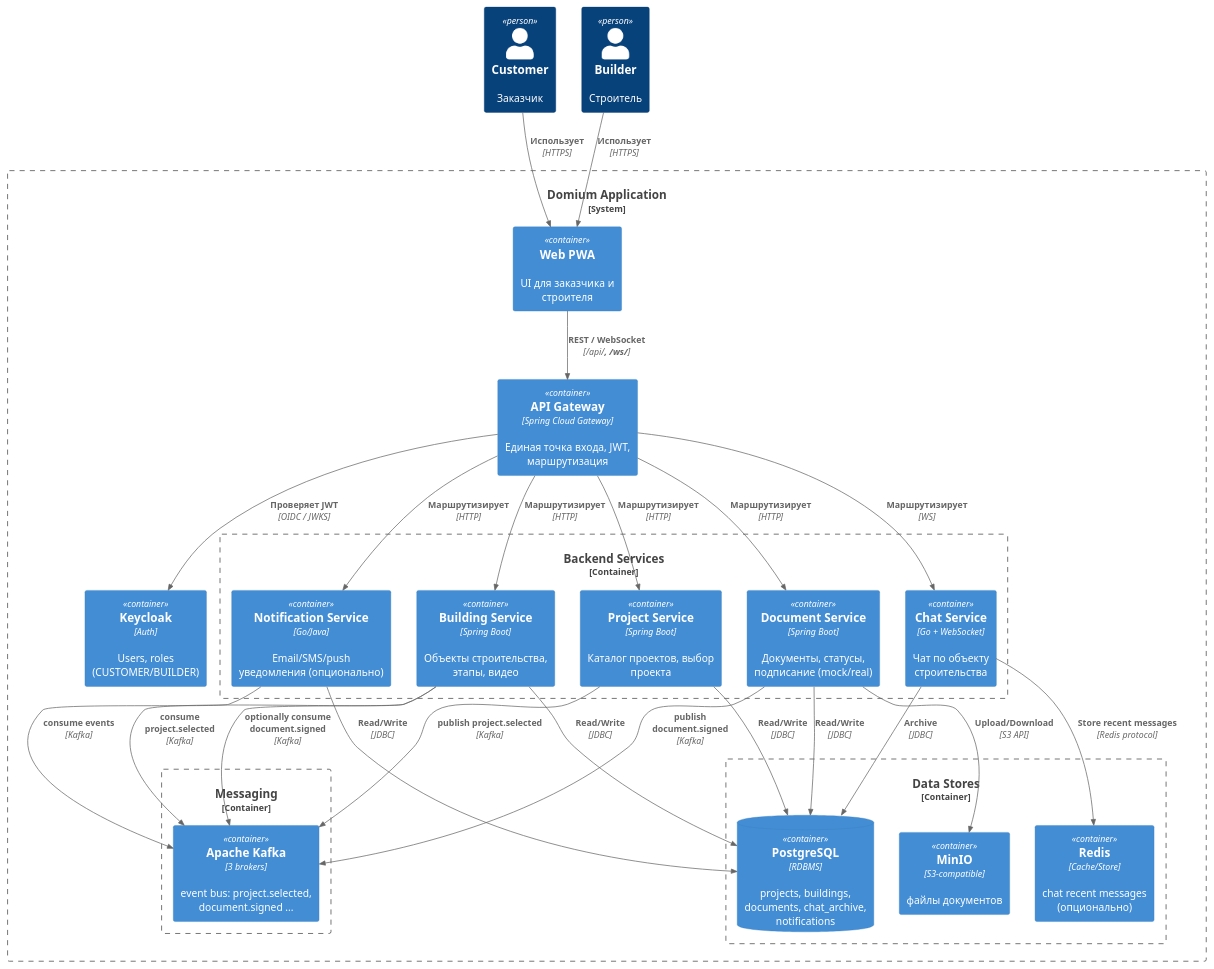
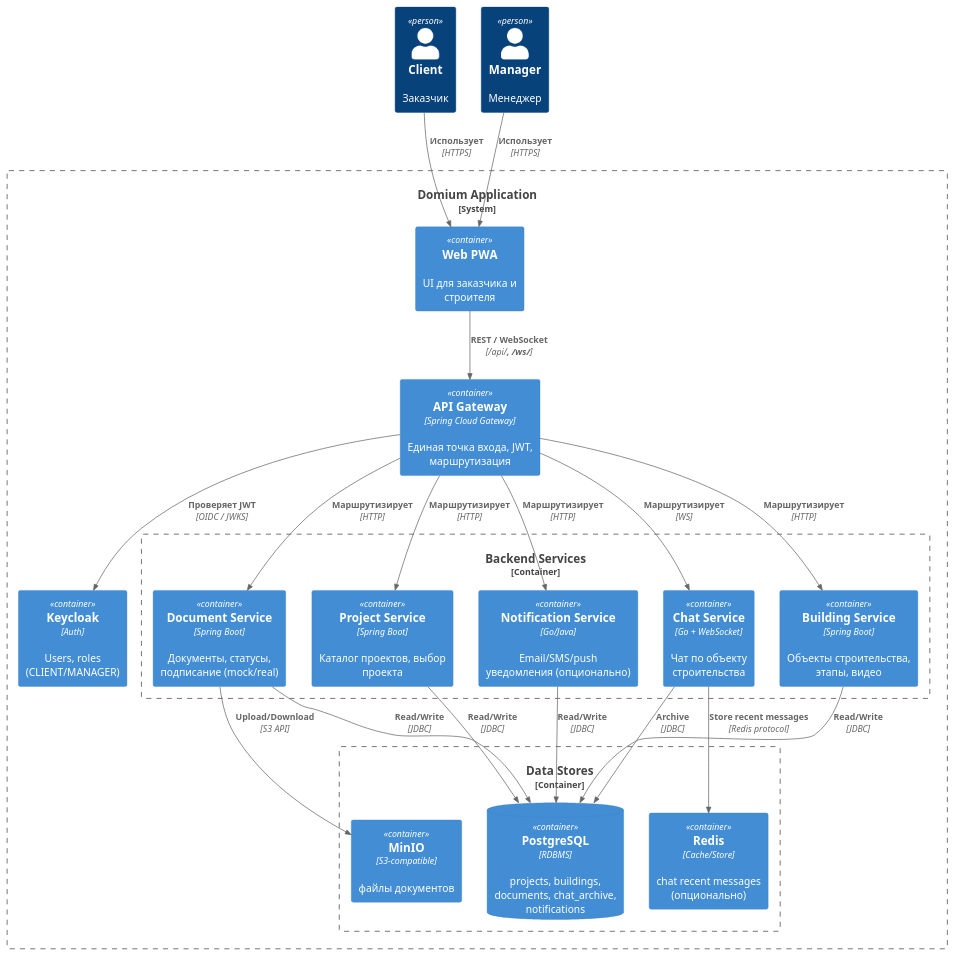
The diagram in docs/containers.puml (dSofarts/domium), drawn with PlantUML before and after one commit. The commit also changed 88 other files, not shown here.

```diff
--- a/docs/containers.puml
+++ b/docs/containers.puml
@@ -1,60 +1,50 @@
 @startuml Containers
 !includeurl https://raw.githubusercontent.com/plantuml-stdlib/C4-PlantUML/master/C4_Container.puml
 
-Person(customer, "Customer", "Заказчик")
-Person(builder, "Builder", "Строитель")
+Person(client, "Client", "Заказчик")
+Person(manager, "Manager", "Менеджер")
 
 System_Boundary(sys, "Domium Application") {
   Container(frontend, "Web PWA", "", "UI для заказчика и строителя")
 
   Container(apiGateway, "API Gateway", "Spring Cloud Gateway", "Единая точка входа, JWT, маршрутизация")
 
   Container_Boundary(services, "Backend Services") {
     Container(projectSvc, "Project Service", "Spring Boot", "Каталог проектов, выбор проекта")
     Container(buildingSvc, "Building Service", "Spring Boot", "Объекты строительства, этапы, видео")
     Container(documentSvc, "Document Service", "Spring Boot", "Документы, статусы, подписание (mock/real)")
     Container(chatSvc, "Chat Service", "Go + WebSocket", "Чат по объекту строительства")
     Container(notificationSvc, "Notification Service", "Go/Java", "Email/SMS/push уведомления (опционально)")
   }
 
   Container_Boundary(data, "Data Stores") {
     ContainerDb(pg, "PostgreSQL", "RDBMS", "projects, buildings, documents, chat_archive, notifications")
     Container(redis, "Redis", "Cache/Store", "chat recent messages (опционально)")
     Container(minio, "MinIO", "S3-compatible", "файлы документов")
   }
 
-  Container_Boundary(messaging, "Messaging") {
-    Container(kafka, "Apache Kafka", "3 brokers", "event bus: project.selected, document.signed ...")
-  }
-
-  Container(keycloak, "Keycloak", "Auth", "Users, roles (CUSTOMER/BUILDER)")
+  Container(keycloak, "Keycloak", "Auth", "Users, roles (CLIENT/MANAGER)")
 }
 
-Rel(customer, frontend, "Использует", "HTTPS")
-Rel(builder, frontend, "Использует", "HTTPS")
+Rel(client, frontend, "Использует", "HTTPS")
+Rel(manager, frontend, "Использует", "HTTPS")
 
 Rel(frontend, apiGateway, "REST / WebSocket", "/api/**, /ws/**")
 Rel(apiGateway, projectSvc, "Маршрутизирует", "HTTP")
 Rel(apiGateway, buildingSvc, "Маршрутизирует", "HTTP")
 Rel(apiGateway, documentSvc, "Маршрутизирует", "HTTP")
 Rel(apiGateway, chatSvc, "Маршрутизирует", "WS")
 Rel(apiGateway, notificationSvc, "Маршрутизирует", "HTTP")
 
 Rel(apiGateway, keycloak, "Проверяет JWT", "OIDC / JWKS")
 
 Rel(projectSvc, pg, "Read/Write", "JDBC")
 Rel(buildingSvc, pg, "Read/Write", "JDBC")
 Rel(documentSvc, pg, "Read/Write", "JDBC")
 Rel(chatSvc, pg, "Archive", "JDBC")
 Rel(notificationSvc, pg, "Read/Write", "JDBC")
 
 Rel(documentSvc, minio, "Upload/Download", "S3 API")
 Rel(chatSvc, redis, "Store recent messages", "Redis protocol")
 
-Rel(projectSvc, kafka, "publish project.selected", "Kafka")
-Rel(buildingSvc, kafka, "consume project.selected", "Kafka")
-Rel(documentSvc, kafka, "publish document.signed", "Kafka")
-Rel(notificationSvc, kafka, "consume events", "Kafka")
-Rel(buildingSvc, kafka, "optionally consume document.signed", "Kafka")
-
 @enduml
```
